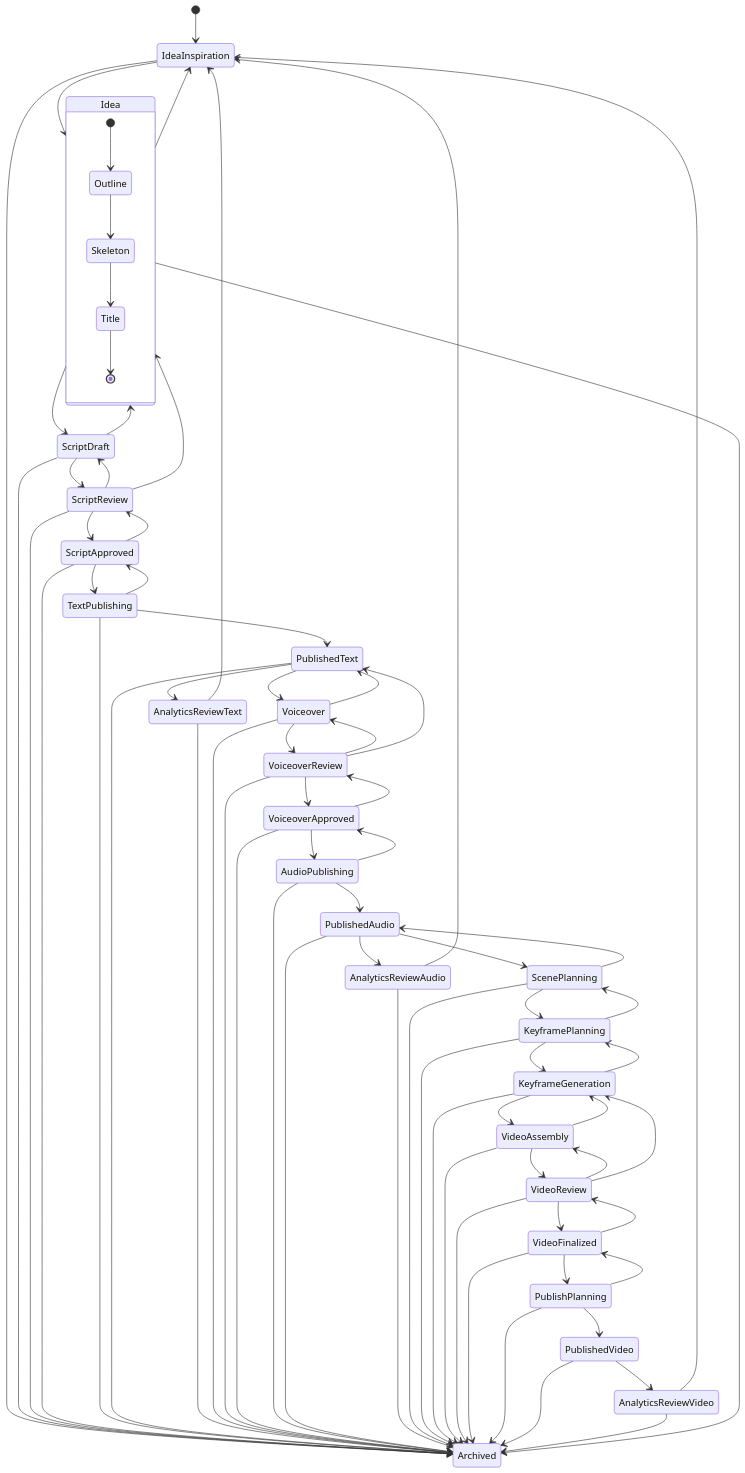
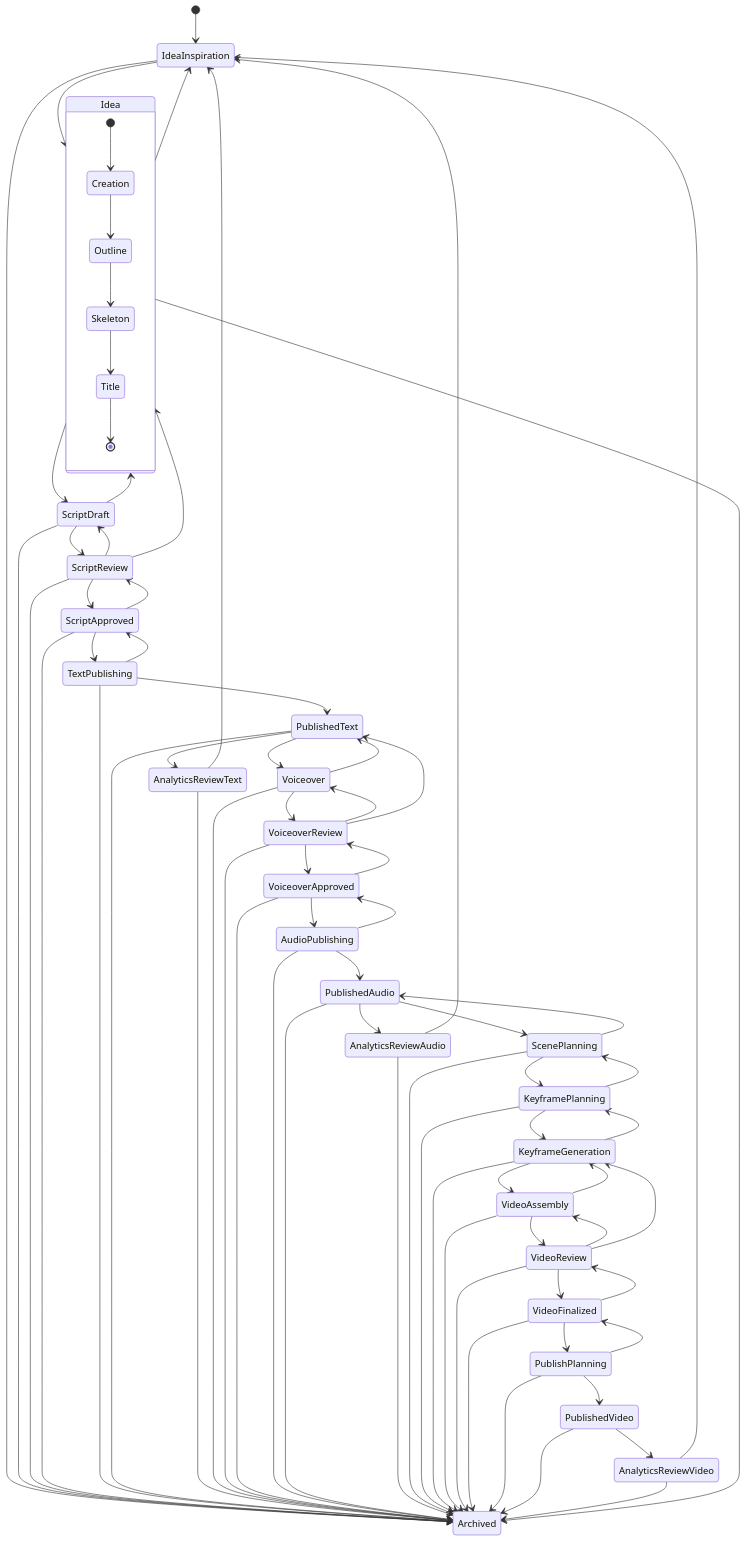
One commit to Nomoos/PrismQ changed the diagram in WORKFLOW.md. Above: the diagram before and after it, drawn with Mermaid. The commit also changed other lines of this file and 3 other files, not shown here.

```diff
--- a/WORKFLOW.md
+++ b/WORKFLOW.md
@@ -15,7 +15,8 @@
     IdeaInspiration --> Archived
 
     state Idea {
-        [*] --> Outline
+        [*] --> Creation
+        Creation --> Outline
         Outline --> Skeleton
         Skeleton --> Title
 
```
